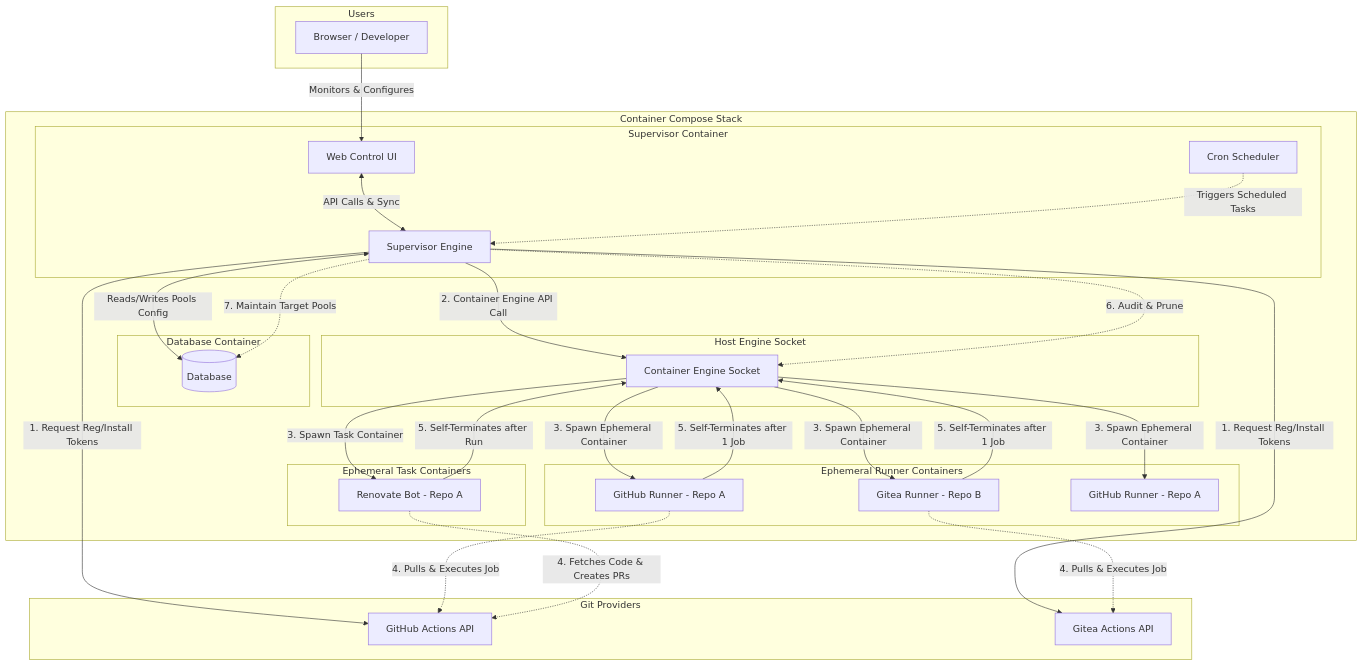
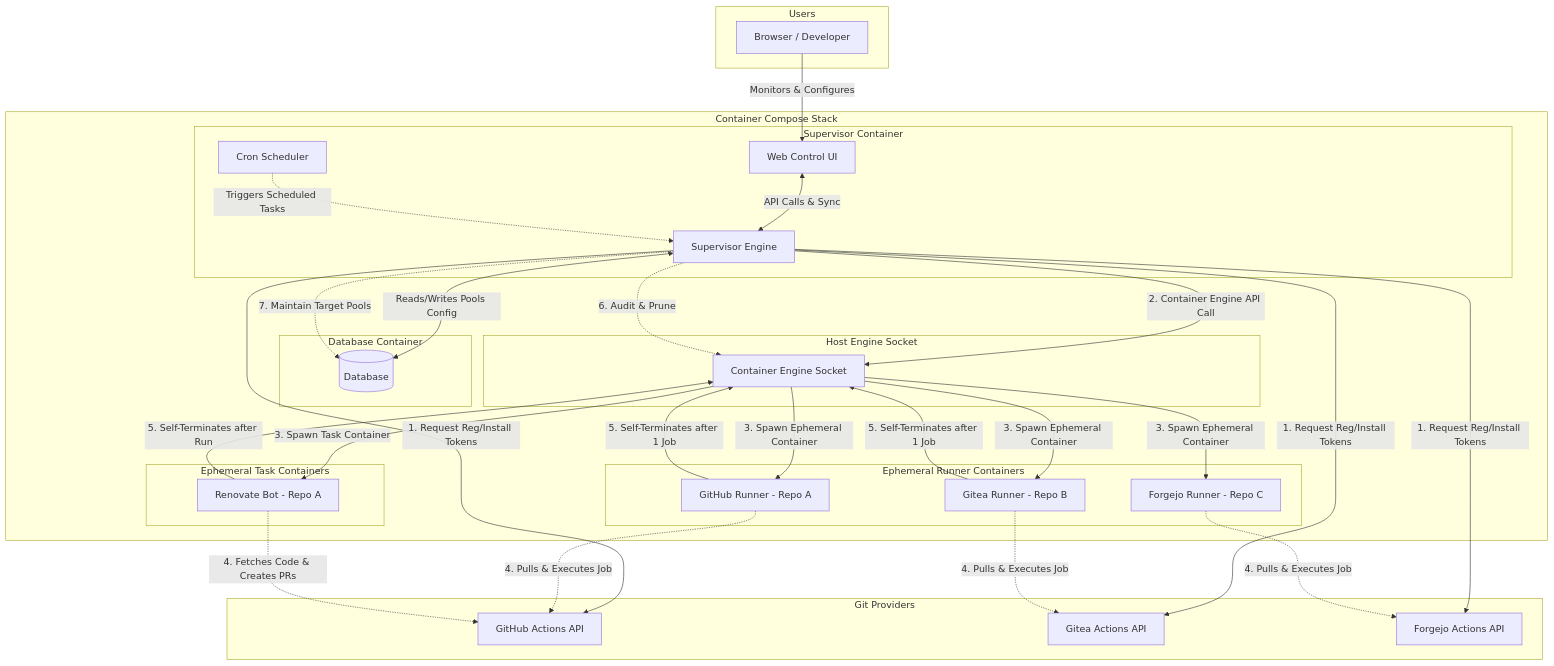
One commit to noosxe/gh-runner changed the diagram in docs/02-architecture-design.md. Above: the diagram before and after it, drawn with Mermaid. The commit also changed other lines of this file and 7 other files, not shown here.

````diff
--- a/docs/02-architecture-design.md
+++ b/docs/02-architecture-design.md
@@ -9,58 +9,61 @@
 ```mermaid
 graph TD
     subgraph Users
         User[Browser / Developer]
     end
 
     subgraph Git Providers
         GH[GitHub Actions API]
         GT[Gitea Actions API]
+        FJ[Forgejo Actions API]
     end
 
     subgraph Host Machine [Container Compose Stack]
         subgraph Supervisor Container
             SD[Supervisor Engine]
             CS[Cron Scheduler]
             WebUI[Web Control UI]
         end
 
         subgraph Database Container
             DB[(Database)]
         end
 
         subgraph Host Engine Socket
             Engine[Container Engine Socket]
         end
 
         subgraph Ephemeral Runner Containers
             R1[GitHub Runner - Repo A]
             R2[Gitea Runner - Repo B]
-            R3[GitHub Runner - Repo A]
+            R3[Forgejo Runner - Repo C]
         end
 
         subgraph Ephemeral Task Containers
             RV[Renovate Bot - Repo A]
         end
     end
 
     %% Communication Pathways
     User -->|Monitors & Configures| WebUI
     WebUI <-->|API Calls & Sync| SD
     SD <-->|Reads/Writes Pools Config| DB
     SD -->|1. Request Reg/Install Tokens| GH
     SD -->|1. Request Reg/Install Tokens| GT
+    SD -->|1. Request Reg/Install Tokens| FJ
     CS -.->|Triggers Scheduled Tasks| SD
     SD -->|2. Container Engine API Call| Engine
     Engine -->|3. Spawn Ephemeral Container| R1
     Engine -->|3. Spawn Ephemeral Container| R2
     Engine -->|3. Spawn Ephemeral Container| R3
     Engine -->|3. Spawn Task Container| RV
     R1 -.->|4. Pulls & Executes Job| GH
     R2 -.->|4. Pulls & Executes Job| GT
+    R3 -.->|4. Pulls & Executes Job| FJ
     RV -.->|4. Fetches Code & Creates PRs| GH
     R1 -->|5. Self-Terminates after 1 Job| Engine
     R2 -->|5. Self-Terminates after 1 Job| Engine
     RV -->|5. Self-Terminates after Run| Engine
     SD -.->|6. Audit & Prune| Engine
     SD -.->|7. Maintain Target Pools| DB
 ```
````
